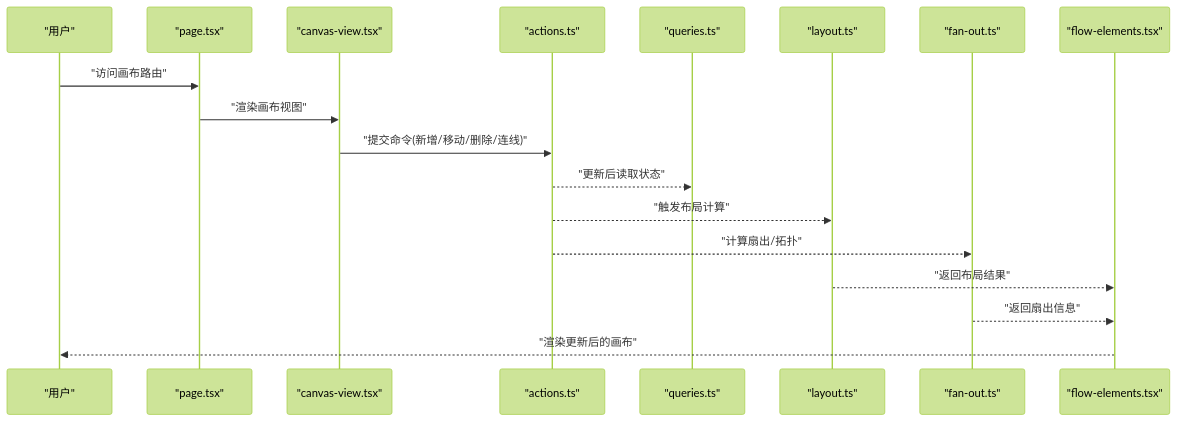
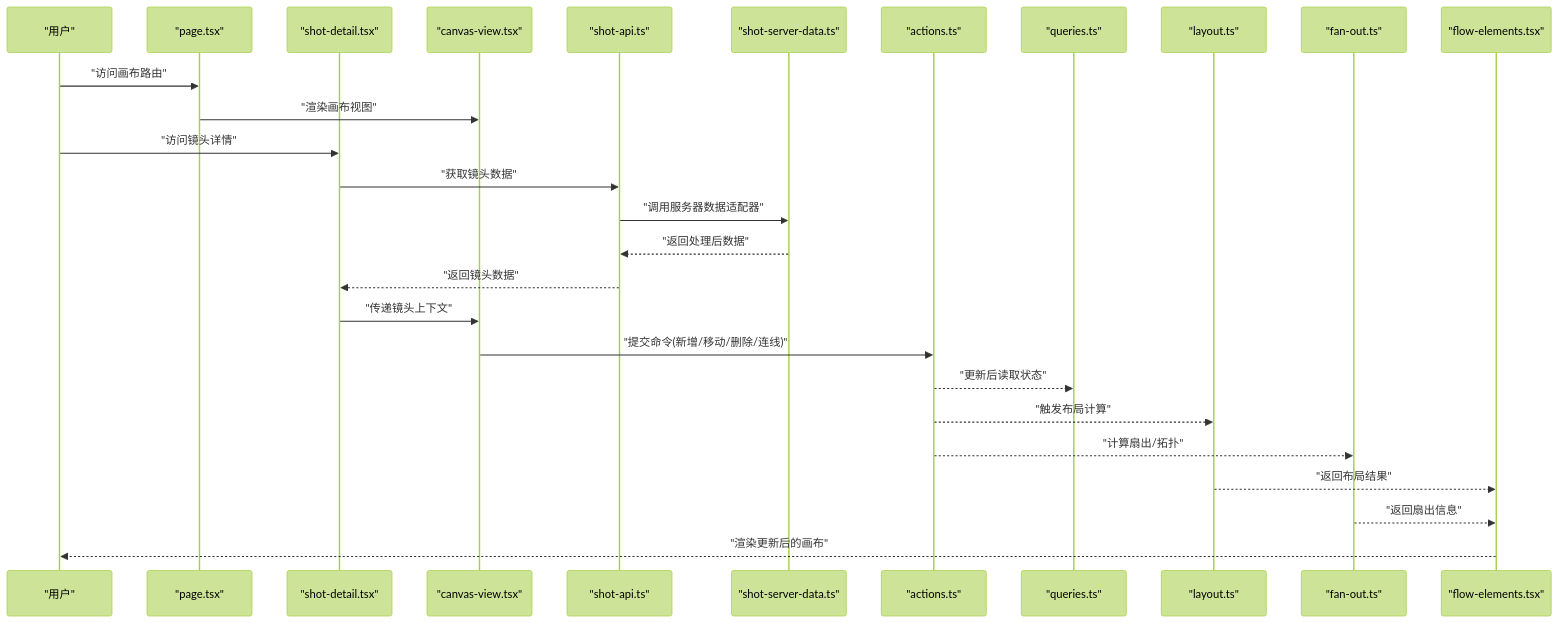
Before and after one commit to AIMFllyYS/code-video-canvas: the second of 13 diagrams in .qoder/repowiki/zh/content/架构设计/核心模块设计/画布编辑器设计/画布编辑器设计.md, drawn with Mermaid (forest theme). The commit also changed other lines of this file and 7 other files, not shown here.

````diff
--- a/.qoder/repowiki/zh/content/架构设计/核心模块设计/画布编辑器设计/画布编辑器设计.md
+++ b/.qoder/repowiki/zh/content/架构设计/核心模块设计/画布编辑器设计/画布编辑器设计.md
@@ -185,20 +207,29 @@
 ```mermaid
 sequenceDiagram
 participant U as "用户"
 participant P as "page.tsx"
+participant SD as "shot-detail.tsx"
 participant V as "canvas-view.tsx"
+participant SA as "shot-api.ts"
+participant SS as "shot-server-data.ts"
 participant A as "actions.ts"
 participant Q as "queries.ts"
 participant L as "layout.ts"
 participant F as "fan-out.ts"
 participant R as "flow-elements.tsx"
 U->>P : "访问画布路由"
 P->>V : "渲染画布视图"
+U->>SD : "访问镜头详情"
+SD->>SA : "获取镜头数据"
+SA->>SS : "调用服务器数据适配器"
+SS-->>SA : "返回处理后数据"
+SA-->>SD : "返回镜头数据"
+SD->>V : "传递镜头上下文"
 V->>A : "提交命令(新增/移动/删除/连线)"
 A-->>Q : "更新后读取状态"
 A-->>L : "触发布局计算"
 A-->>F : "计算扇出/拓扑"
 L-->>R : "返回布局结果"
 F-->>R : "返回扇出信息"
 R-->>U : "渲染更新后的画布"
 ```
````
